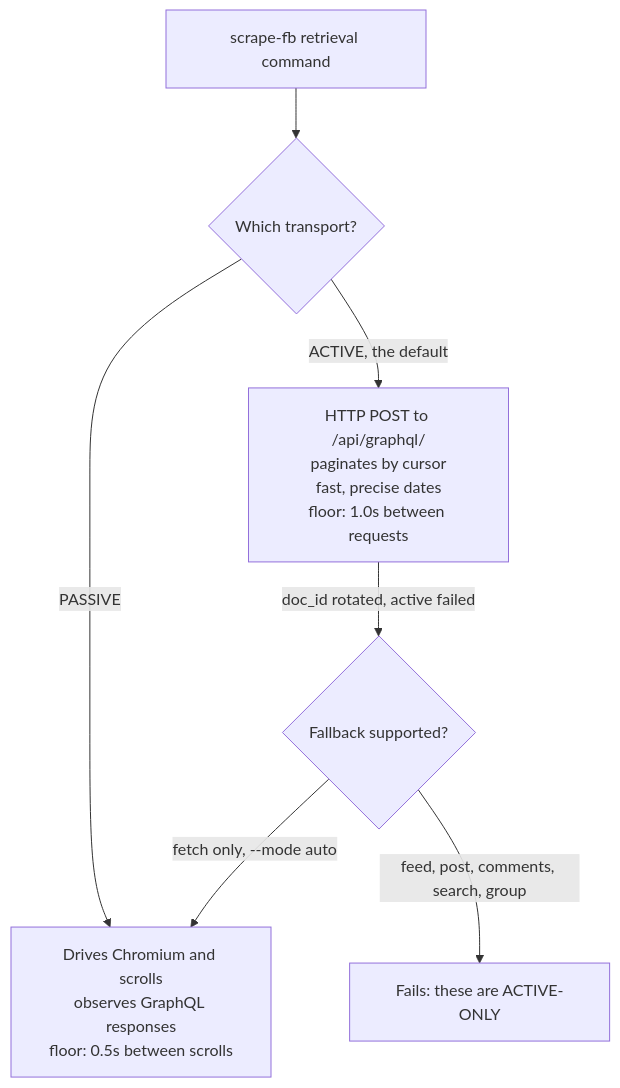
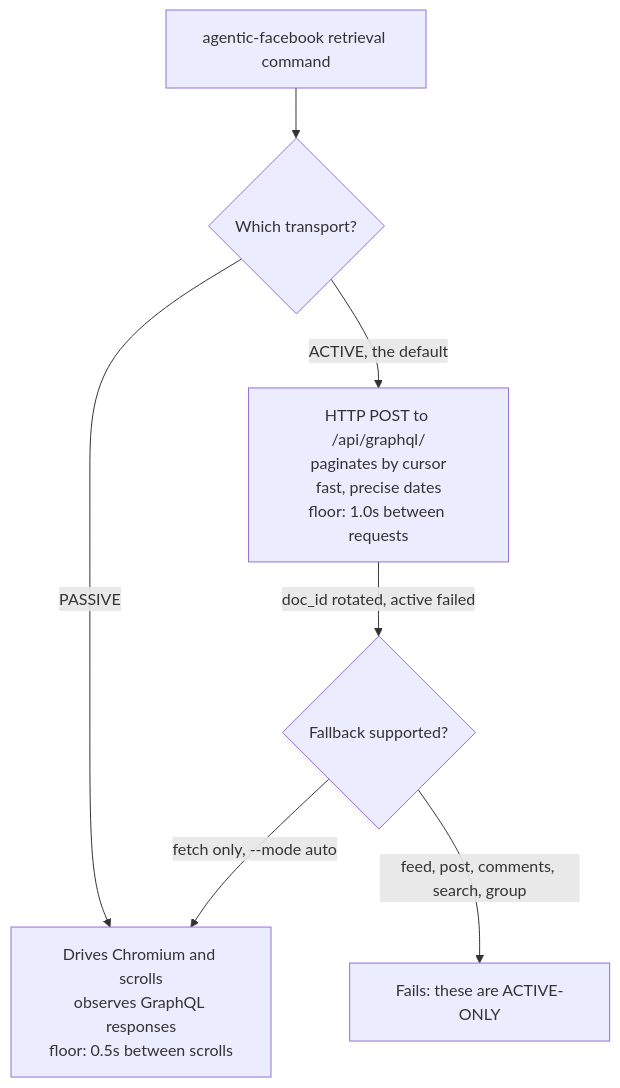
One commit to tjdwls101010/Scraper-for-Facebook changed the diagram in docs/wiki/CLI-Reference.md. Above: the diagram before and after it, drawn with Mermaid. The commit also changed other lines of this file and 59 other files, not shown here.

First line of the commit message:
Rename to Agentic Facebook (package, CLI, module, docs) (#1)

````diff
--- a/docs/wiki/CLI-Reference.md
+++ b/docs/wiki/CLI-Reference.md
@@ -31,9 +31,9 @@
 ```mermaid
 flowchart TD
-    A[scrape-fb retrieval command] --> B{Which transport?}
+    A[agentic-facebook retrieval command] --> B{Which transport?}
     B -->|ACTIVE, the default| C[HTTP POST to /api/graphql/<br/>paginates by cursor<br/>fast, precise dates<br/>floor: 1.0s between requests]
     B -->|PASSIVE| D[Drives Chromium and scrolls<br/>observes GraphQL responses<br/>floor: 0.5s between scrolls]
     C -->|doc_id rotated, active failed| E{Fallback supported?}
     E -->|fetch only, --mode auto| D
     E -->|feed, post, comments, search, group| F[Fails: these are ACTIVE-ONLY]
 ```
````
